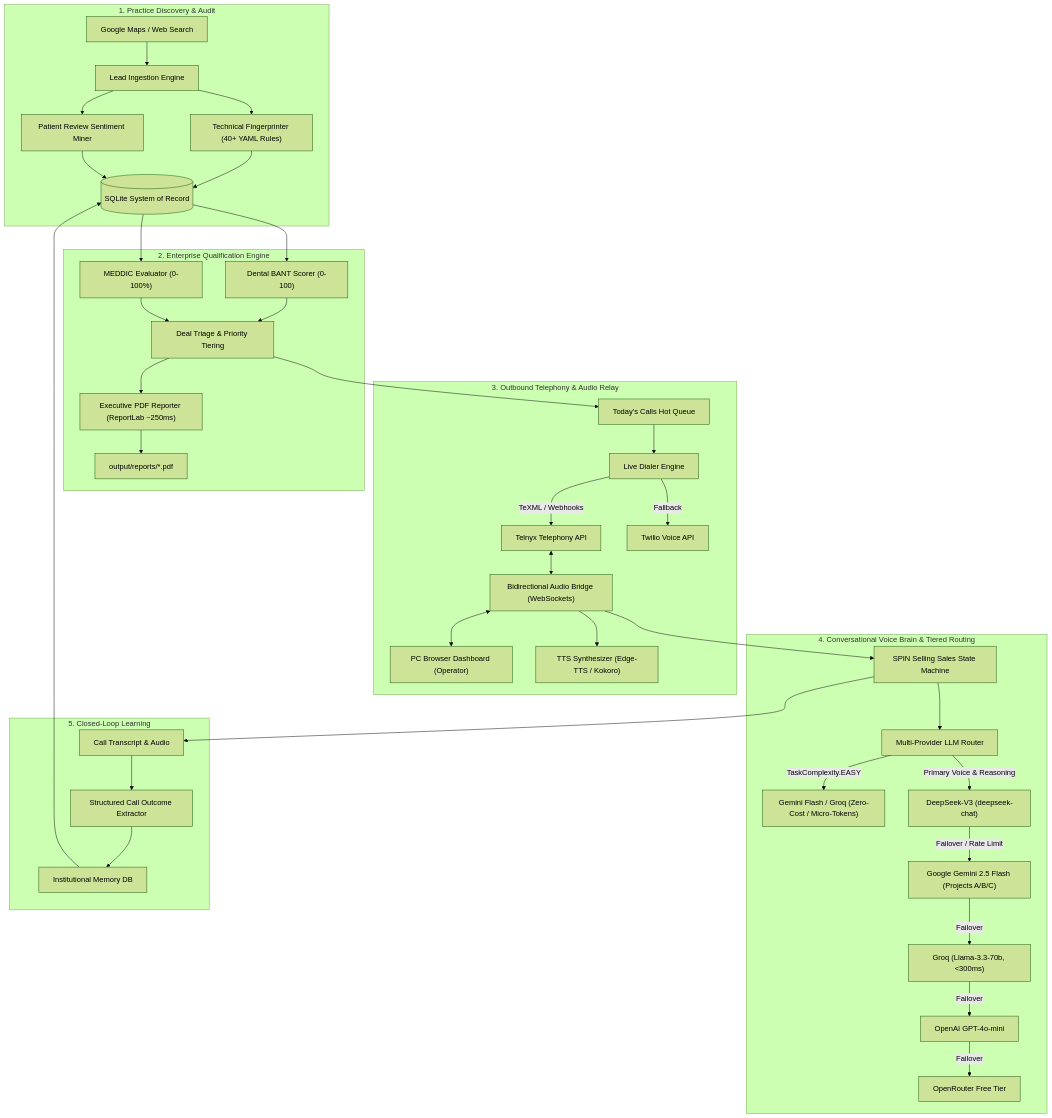
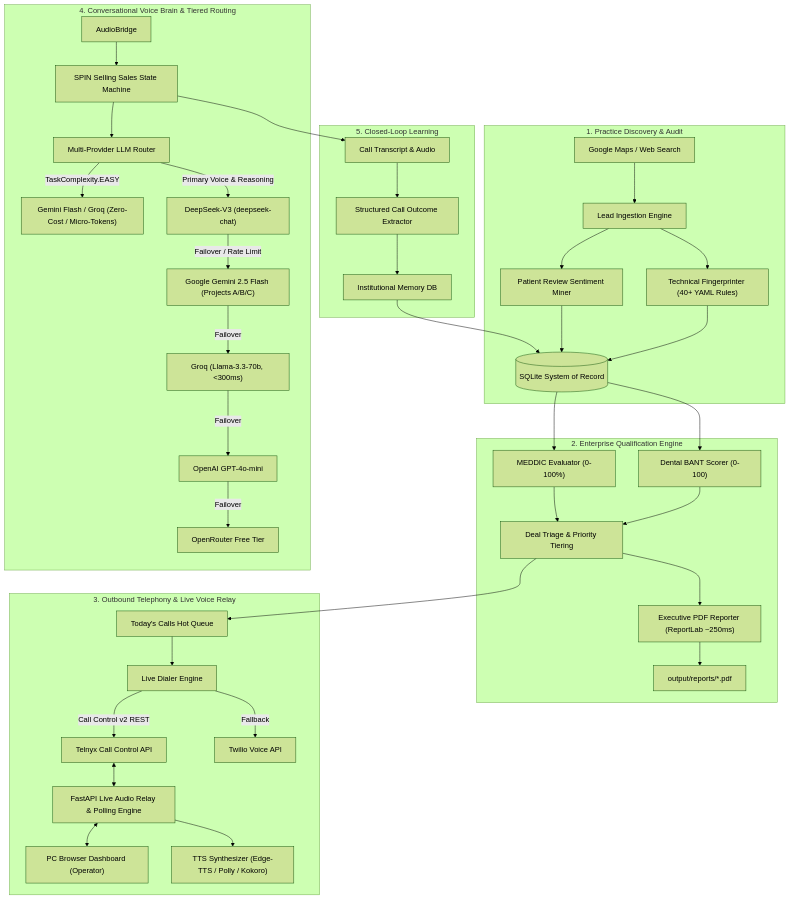
The diagram in docs/ARCHITECTURE.md (souvikbanerjee165-tech/dental-lead-intelligence), drawn with Mermaid (forest theme) before and after one commit. The commit also changed other lines of this file and 3 other files, not shown here.

Commit message:
docs: synchronize telephony call control, atomic hangup guard, and DeepSeek tiered routing architecture

````diff
--- a/docs/ARCHITECTURE.md
+++ b/docs/ARCHITECTURE.md
@@ -18,47 +18,47 @@
 ```mermaid
 flowchart TD
     subgraph Discovery ["1. Practice Discovery & Audit"]
         GSearch["Google Maps / Web Search"] --> LeadIngest["Lead Ingestion Engine"]
         LeadIngest --> TechAuditor["Technical Fingerprinter (40+ YAML Rules)"]
         LeadIngest --> ReviewMiner["Patient Review Sentiment Miner"]
         TechAuditor --> DB[(SQLite System of Record)]
         ReviewMiner --> DB
     end
 
     subgraph Qualification ["2. Enterprise Qualification Engine"]
         DB --> BANT["Dental BANT Scorer (0-100)"]
         DB --> MEDDIC["MEDDIC Evaluator (0-100%)"]
         BANT --> Triage["Deal Triage & Priority Tiering"]
         MEDDIC --> Triage
         Triage --> PDFGen["Executive PDF Reporter (ReportLab ~250ms)"]
         PDFGen --> OutputDir["output/reports/*.pdf"]
     end
 
-    subgraph Telephony ["3. Outbound Telephony & Audio Relay"]
+    subgraph Telephony ["3. Outbound Telephony & Live Voice Relay"]
         Triage --> HotQueue["Today's Calls Hot Queue"]
         HotQueue --> DialerEngine["Live Dialer Engine"]
-        DialerEngine -->|TeXML / Webhooks| Telnyx["Telnyx Telephony API"]
+        DialerEngine -->|Call Control v2 REST| Telnyx["Telnyx Call Control API"]
         DialerEngine -->|Fallback| Twilio["Twilio Voice API"]
-        Telnyx <--> AudioBridge["Bidirectional Audio Bridge (WebSockets)"]
-        AudioBridge <--> Browser["PC Browser Dashboard (Operator)"]
-        AudioBridge --> TTS["TTS Synthesizer (Edge-TTS / Kokoro)"]
+        Telnyx <--> LiveRelay["FastAPI Live Audio Relay & Polling Engine"]
+        LiveRelay <--> Browser["PC Browser Dashboard (Operator)"]
+        LiveRelay --> TTS["TTS Synthesizer (Edge-TTS / Polly / Kokoro)"]
     end
 
     subgraph Intelligence ["4. Conversational Voice Brain & Tiered Routing"]
         AudioBridge --> StateMachine["SPIN Selling Sales State Machine"]
         StateMachine --> LLMRouter["Multi-Provider LLM Router"]
         LLMRouter -->|TaskComplexity.EASY| FreeTier["Gemini Flash / Groq (Zero-Cost / Micro-Tokens)"]
         LLMRouter -->|Primary Voice & Reasoning| DeepSeek["DeepSeek-V3 (deepseek-chat)"]
         DeepSeek -->|Failover / Rate Limit| Gemini["Google Gemini 2.5 Flash (Projects A/B/C)"]
         Gemini -->|Failover| Groq["Groq (Llama-3.3-70b, <300ms)"]
         Groq -->|Failover| OpenAI["OpenAI GPT-4o-mini"]
         OpenAI -->|Failover| OpenRouter["OpenRouter Free Tier"]
     end
 
     subgraph Learning ["5. Closed-Loop Learning"]
         StateMachine --> CallTranscript["Call Transcript & Audio"]
         CallTranscript --> Extractor["Structured Call Outcome Extractor"]
         Extractor --> MemoryManager["Institutional Memory DB"]
         MemoryManager --> DB
     end
 ```
````
